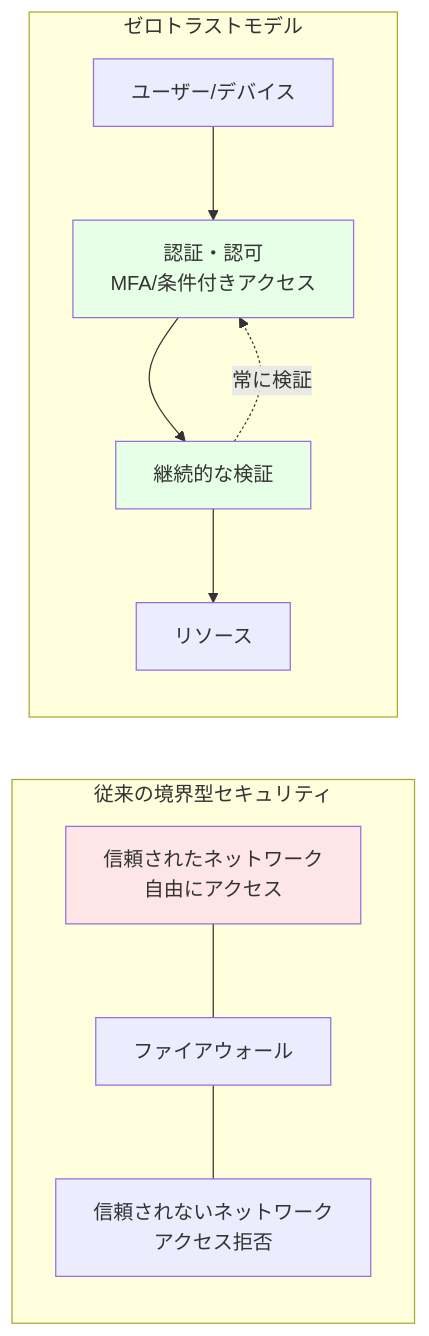
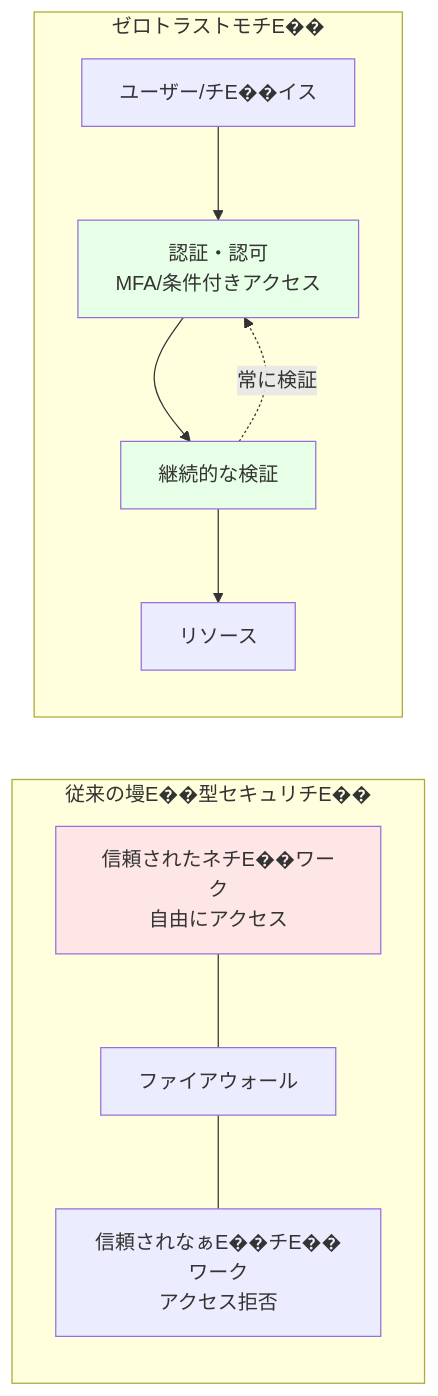
One commit to shuhei0720/azure_caf_handson changed the diagram in docs/chapters/chapter12-security.md. Above: the diagram before and after it, drawn with Mermaid. The commit also changed other lines of this file and 1 other file, not shown here.

````diff
--- a/docs/chapters/chapter12-security.md
+++ b/docs/chapters/chapter12-security.md
@@ -37,27 +37,27 @@
 ```mermaid
 graph LR
-    subgraph "従来の境界型セキュリティ"
-        A1[信頼されたネットワーク<br/>自由にアクセス]
+    subgraph "従来の墁E��型セキュリチE��"
+        A1[信頼されたネチE��ワーク<br/>自由にアクセス]
         A2[ファイアウォール]
-        A3[信頼されないネットワーク<br/>アクセス拒否]
+        A3[信頼されなぁE��チE��ワーク<br/>アクセス拒否]
     end
 
     A1 --- A2
     A2 --- A3
 
-    subgraph "ゼロトラストモデル"
-        B1[ユーザー/デバイス]
+    subgraph "ゼロトラストモチE��"
+        B1[ユーザー/チE��イス]
         B2[認証・認可<br/>MFA/条件付きアクセス]
         B3[継続的な検証]
         B4[リソース]
     end
 
     B1 --> B2
     B2 --> B3
     B3 --> B4
     B3 -.->|常に検証| B2
 
     style A1 fill:#ffe6e6
     style B2 fill:#e6ffe6
     style B3 fill:#e6ffe6
 ```
````
